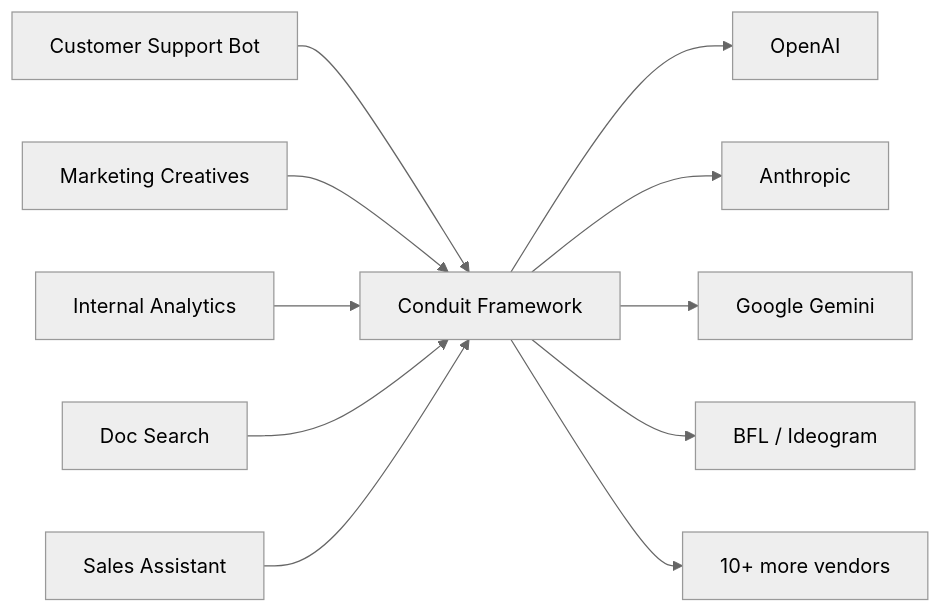
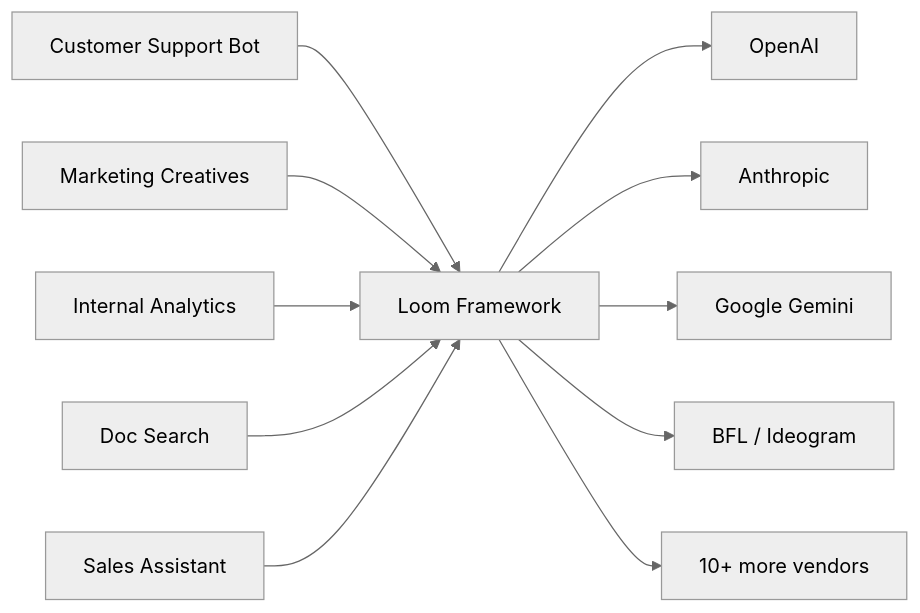
One commit to jyotir07/Loom changed the first of 4 diagrams in diag.md. Above: the diagram before and after it, drawn with Mermaid (neutral theme). The commit also changed other lines of this file, not shown here.

Commit message:
update: proj name in diag.md

````diff
--- a/diag.md
+++ b/diag.md
@@ -9,28 +9,28 @@
 ```mermaid
 flowchart LR
     P1[Customer Support Bot]
     P2[Marketing Creatives]
     P3[Internal Analytics]
     P4[Doc Search]
     P5[Sales Assistant]
 
-    CONDUIT[Conduit Framework]
+    LOOM[Loom Framework]
 
     V1[OpenAI]
     V2[Anthropic]
     V3[Google Gemini]
     V4[BFL / Ideogram]
     V5[10+ more vendors]
 
-    P1 --> CONDUIT
-    P2 --> CONDUIT
-    P3 --> CONDUIT
-    P4 --> CONDUIT
-    P5 --> CONDUIT
+    P1 --> LOOM
+    P2 --> LOOM
+    P3 --> LOOM
+    P4 --> LOOM
+    P5 --> LOOM
 
-    CONDUIT --> V1
-    CONDUIT --> V2
-    CONDUIT --> V3
-    CONDUIT --> V4
-    CONDUIT --> V5
+    LOOM --> V1
+    LOOM --> V2
+    LOOM --> V3
+    LOOM --> V4
+    LOOM --> V5
 ```
````
